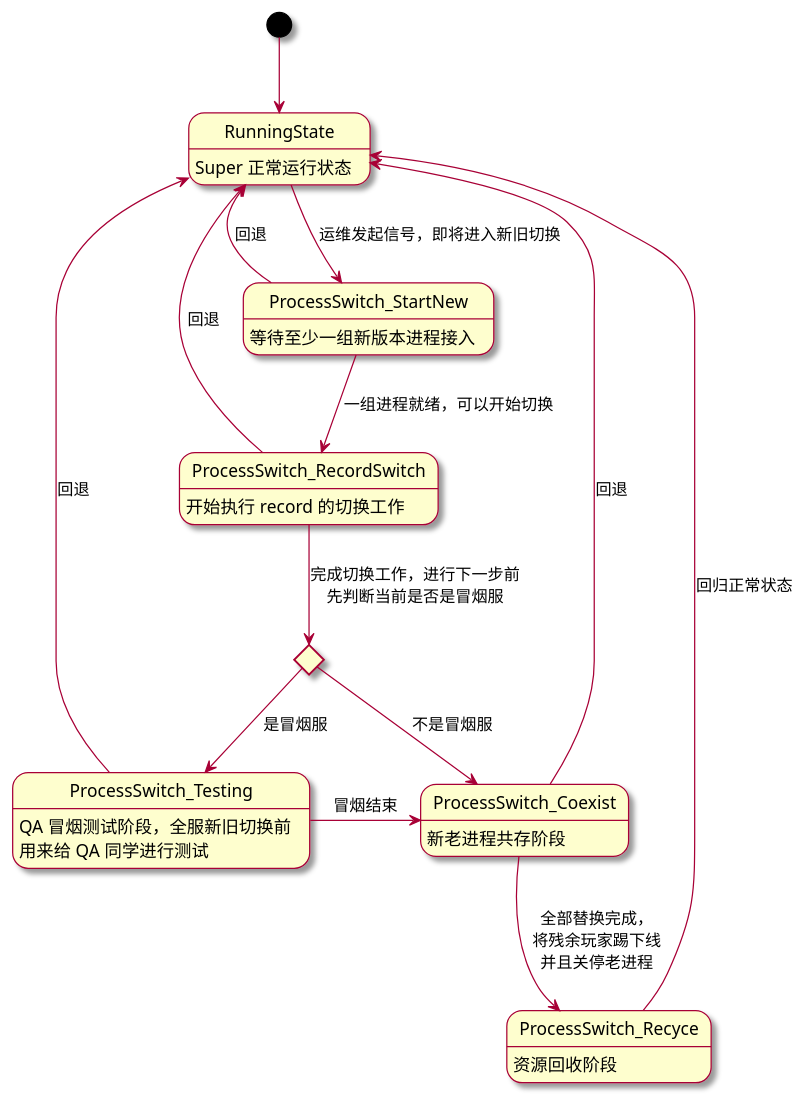
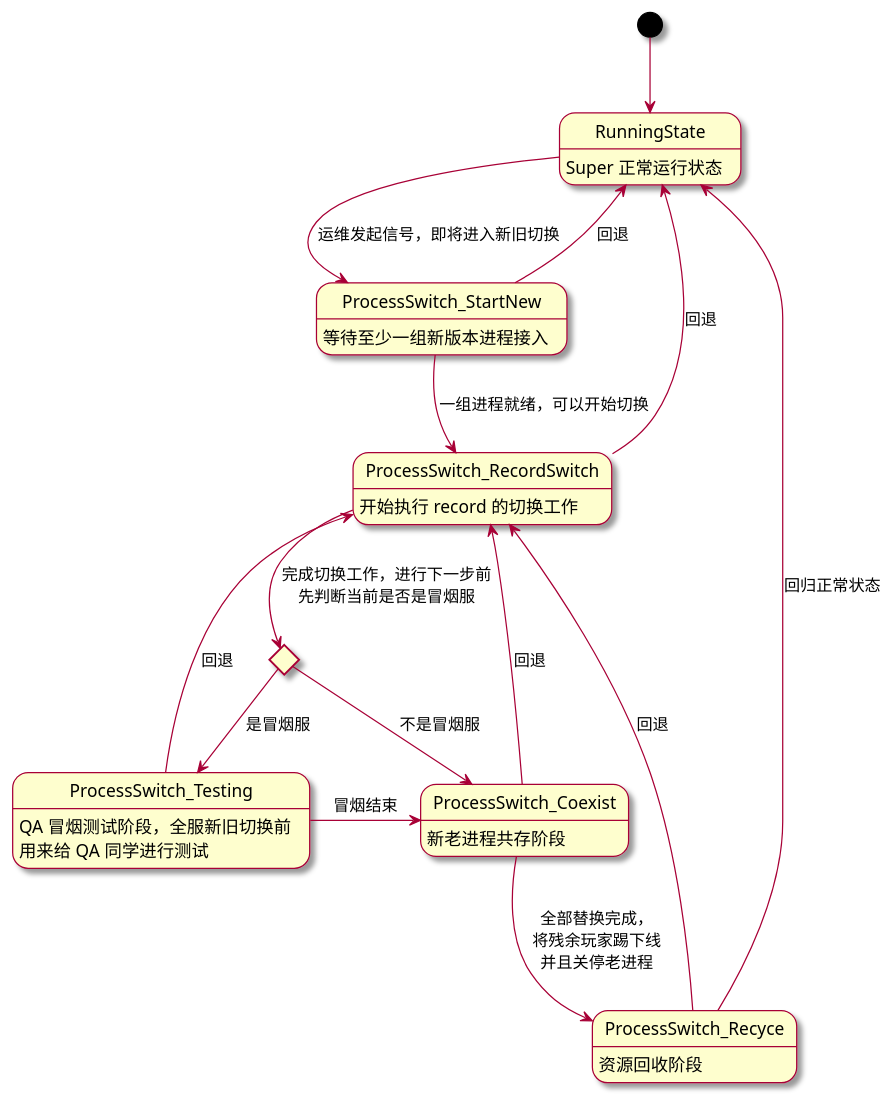
Before and after one commit to mingleeShade/MyPlantUML: the diagram in src/hgame/不停服更新/super 状态图.puml, drawn with PlantUML.

Commit message:
Super 状态图更新

```diff
--- a/src/hgame/不停服更新/super 状态图.puml
+++ b/src/hgame/不停服更新/super 状态图.puml
@@ -1,37 +1,38 @@
 @startuml
 ' 基础设置
 skin rose
 
 ' 状态定义
 state RunningState: Super 正常运行状态
 state ProcessSwitch_StartNew: 等待至少一组新版本进程接入
 state ProcessSwitch_RecordSwitch: 开始执行 record 的切换工作
 state choice <<choice>>
 state ProcessSwitch_Testing: QA 冒烟测试阶段，全服新旧切换前\n用来给 QA 同学进行测试
 state ProcessSwitch_Coexist: 新老进程共存阶段
 state ProcessSwitch_Recyce: 资源回收阶段
 
 
 ' 状态流转
 [*] --> RunningState
 RunningState-->ProcessSwitch_StartNew: 运维发起信号，即将进入新旧切换
 RunningState <-- ProcessSwitch_StartNew: 回退
 
 ProcessSwitch_StartNew-->ProcessSwitch_RecordSwitch: 一组进程就绪，可以开始切换
 
 RunningState <--ProcessSwitch_RecordSwitch: 回退
 
 ProcessSwitch_RecordSwitch --> choice: 完成切换工作，进行下一步前\n先判断当前是否是冒烟服
 choice --> ProcessSwitch_Testing: 是冒烟服
-RunningState <-- ProcessSwitch_Testing: 回退
+ProcessSwitch_RecordSwitch <-- ProcessSwitch_Testing: 回退
 
 choice --> ProcessSwitch_Coexist: 不是冒烟服
-RunningState <-- ProcessSwitch_Coexist: 回退
+ProcessSwitch_RecordSwitch <-- ProcessSwitch_Coexist: 回退
 
 ProcessSwitch_Testing -> ProcessSwitch_Coexist: 冒烟结束
 
 ProcessSwitch_Coexist --> ProcessSwitch_Recyce: 全部替换完成，\n将残余玩家踢下线\n并且关停老进程
 
-ProcessSwitch_Recyce-up->RunningState: 回归正常状态
+ProcessSwitch_Recyce -up-> RunningState: 回归正常状态
+ProcessSwitch_Recyce --> ProcessSwitch_RecordSwitch: 回退
 
 @enduml
```
